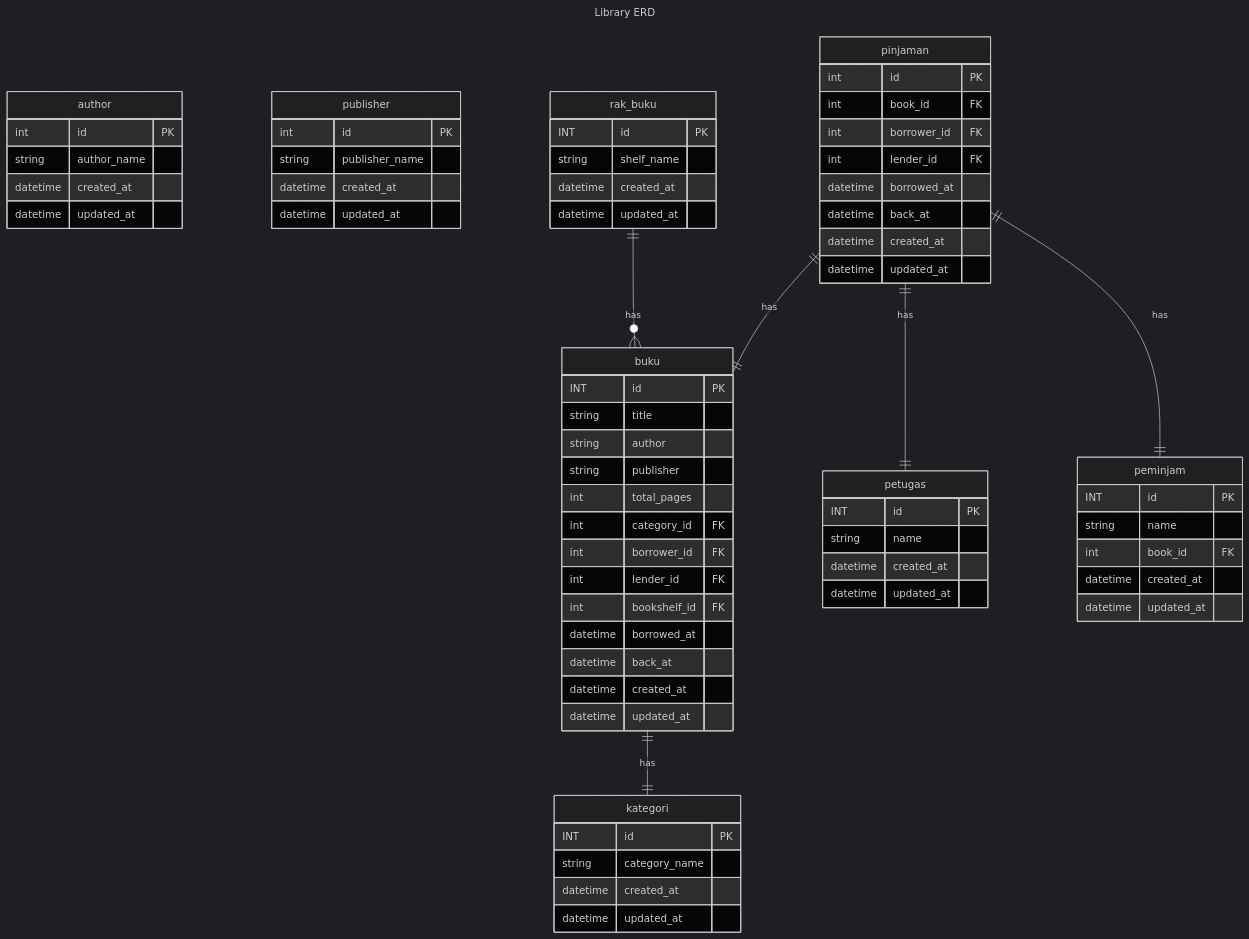
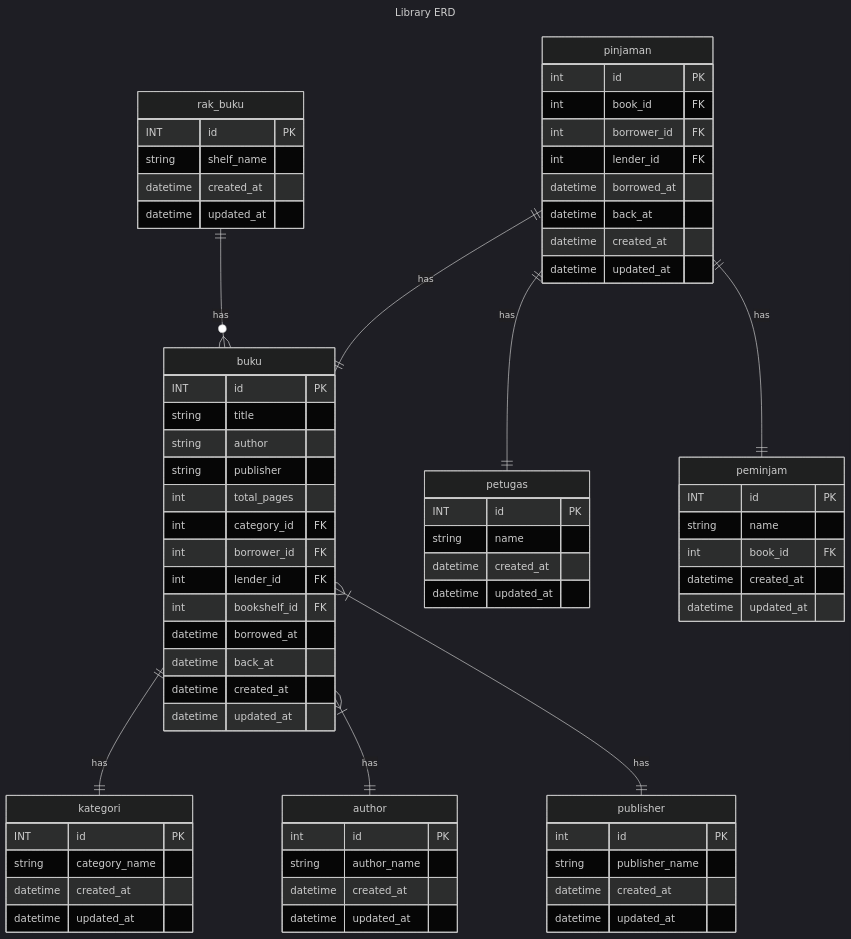
One commit to rezafauzan/koda-b6-db1 changed the diagram in readme.md. Above: the diagram before and after it, drawn with Mermaid (dark theme).

Commit message:
Feat: add entity relation between buku with publisher and author

```diff
--- a/readme.md
+++ b/readme.md
@@ -88,6 +88,8 @@
     }
 
     buku ||--|| kategori : has
+    buku one or more to only one author : has
+    buku one or more to only one publisher : has
     rak_buku only one to zero or many buku : has
     pinjaman only one to only one buku : has
     pinjaman only one to only one peminjam : has
```
